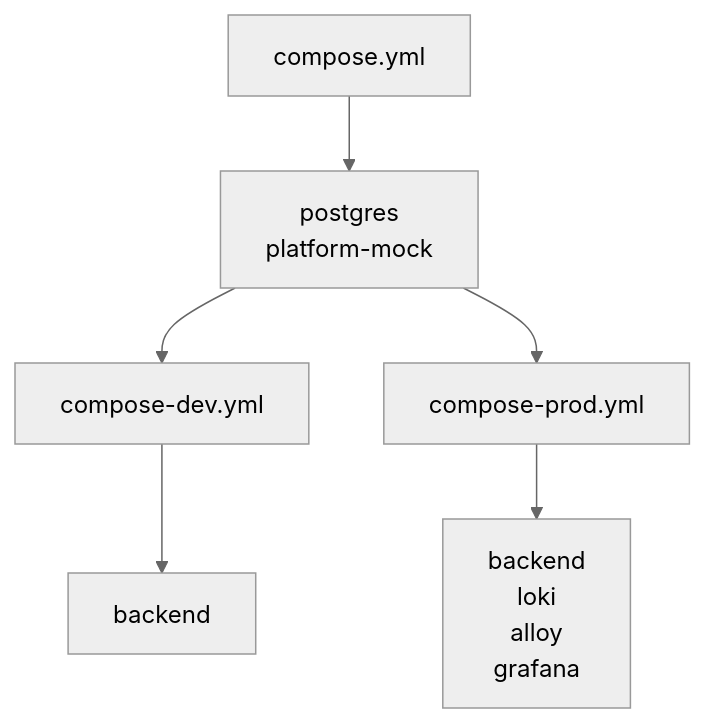
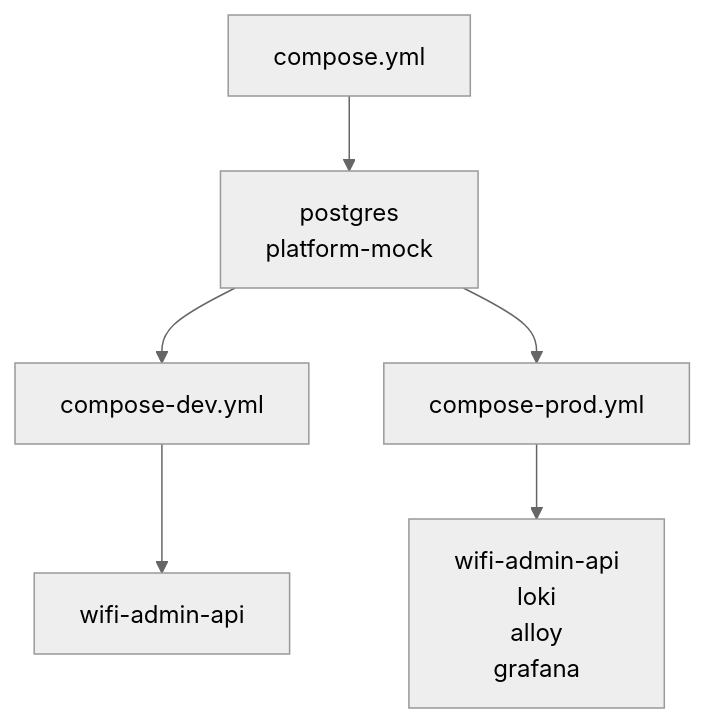
Before and after one commit to meowpow-png/wifi-admin: the first of 2 diagrams in backend/docs/DEPLOYMENT.md, drawn with Mermaid (neutral theme). The commit also changed other lines of this file and 10 other files, not shown here.

````diff
--- a/backend/docs/DEPLOYMENT.md
+++ b/backend/docs/DEPLOYMENT.md
@@ -11,18 +11,18 @@
 ```mermaid
 flowchart TD
     BASE_NOTE["compose.yml"]
     BASE["postgres<br/>platform-mock"]
 
     DEV_NOTE["compose-dev.yml"]
-    DEV["backend"]
+    DEV["wifi-admin-api"]
 
     PROD_NOTE["compose-prod.yml"]
-    PROD["backend<br/>loki<br/>alloy<br/>grafana"]
+    PROD["wifi-admin-api<br/>loki<br/>alloy<br/>grafana"]
 
     BASE_NOTE --> BASE
     DEV_NOTE --> DEV
     PROD_NOTE --> PROD
 
     BASE --> DEV_NOTE
     BASE --> PROD_NOTE
 ```
````
